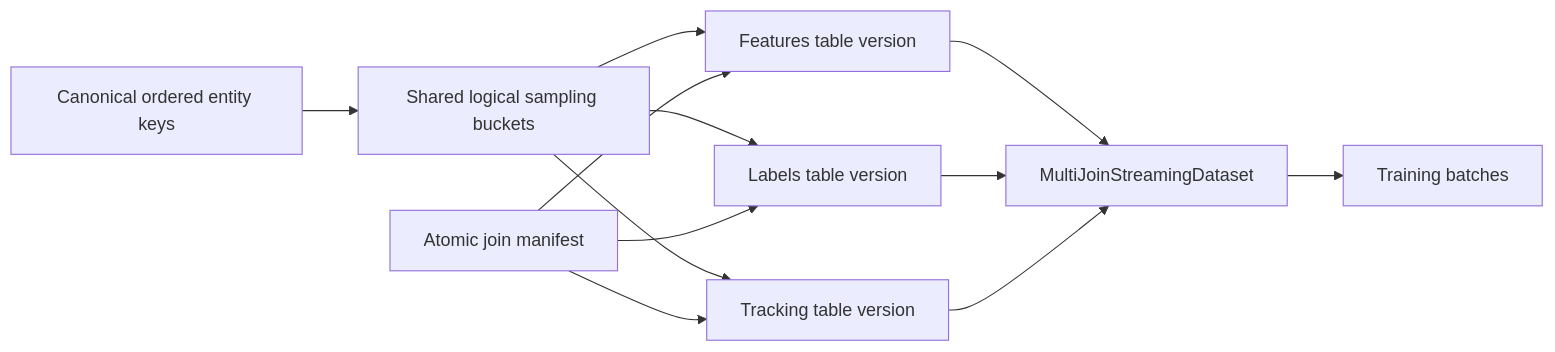
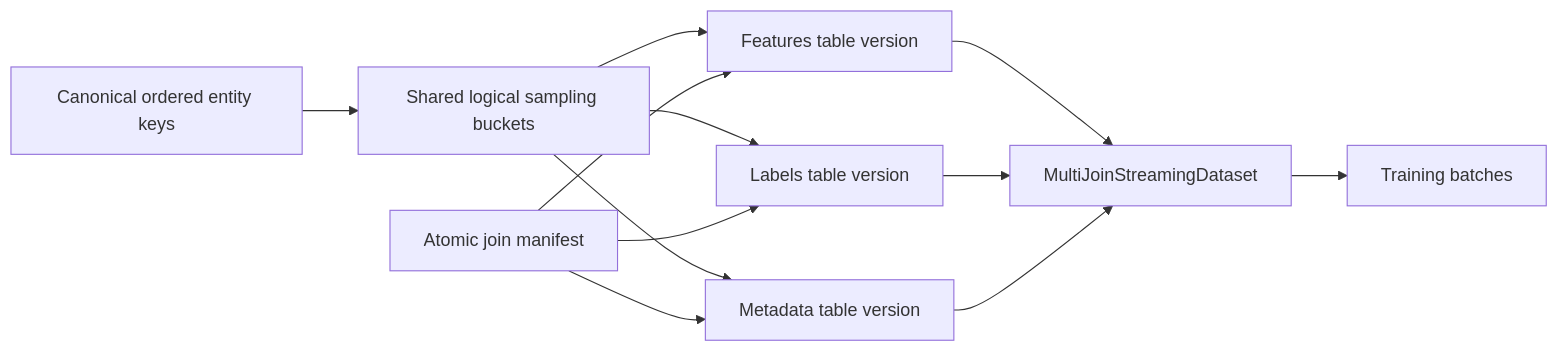
One commit to Lightning-AI/litData changed the diagram in .claude/plans/multi_join_streaming_dataset.md. Above: the diagram before and after it, drawn with Mermaid. The commit also changed other lines of this file, not shown here.

````diff
--- a/.claude/plans/multi_join_streaming_dataset.md
+++ b/.claude/plans/multi_join_streaming_dataset.md
@@ -29,15 +29,15 @@
 ```mermaid
 flowchart LR
   canonicalKeys[Canonical ordered entity keys]
   canonicalKeys --> logicalBuckets[Shared logical sampling buckets]
   logicalBuckets --> features[Features table version]
   logicalBuckets --> labels[Labels table version]
-  logicalBuckets --> tracking[Tracking table version]
+  logicalBuckets --> metadata[Metadata table version]
   activeManifest[Atomic join manifest] --> features
   activeManifest --> labels
-  activeManifest --> tracking
+  activeManifest --> metadata
   features --> joinedReader[MultiJoinStreamingDataset]
   labels --> joinedReader
-  tracking --> joinedReader
+  metadata --> joinedReader
   joinedReader --> training[Training batches]
 ```
````
